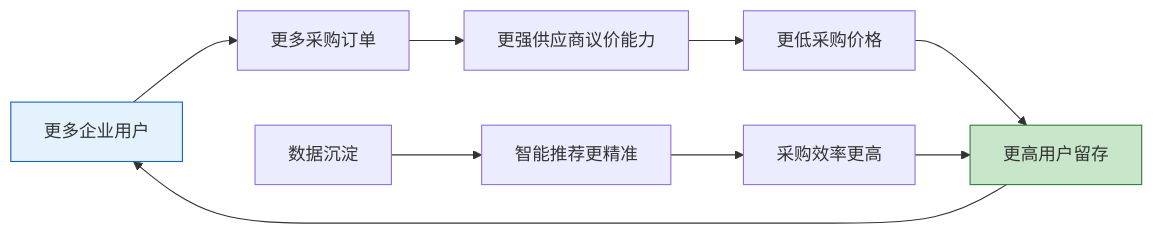
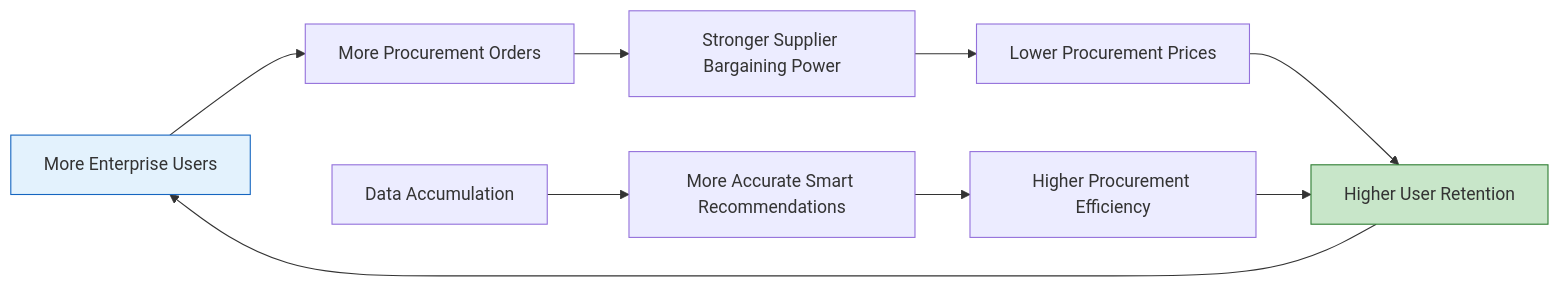
Before and after one commit to Kirky-X/cangjie: diagram 13 of 18 in templates/产品/战略层/【模板】市场需求文档.md, drawn with Mermaid. The commit also changed other lines of this file and 46 other files, not shown here.

````diff
--- a/templates/产品/战略层/【模板】市场需求文档.md
+++ b/templates/产品/战略层/【模板】市场需求文档.md
@@ -574,15 +574,15 @@
 ```mermaid
 graph LR
-    A[更多企业用户] --> B[更多采购订单]
-    B --> C[更强供应商议价能力]
-    C --> D[更低采购价格]
-    D --> E[更高用户留存]
+    A[More Enterprise Users] --> B[More Procurement Orders]
+    B --> C[Stronger Supplier Bargaining Power]
+    C --> D[Lower Procurement Prices]
+    D --> E[Higher User Retention]
     E --> A
 
-    F[数据沉淀] --> G[智能推荐更精准]
-    G --> H[采购效率更高]
+    F[Data Accumulation] --> G[More Accurate Smart Recommendations]
+    G --> H[Higher Procurement Efficiency]
     H --> E
 
     style A fill:#e3f2fd,stroke:#1565c0
     style E fill:#c8e6c9,stroke:#2e7d32
 ```
````
